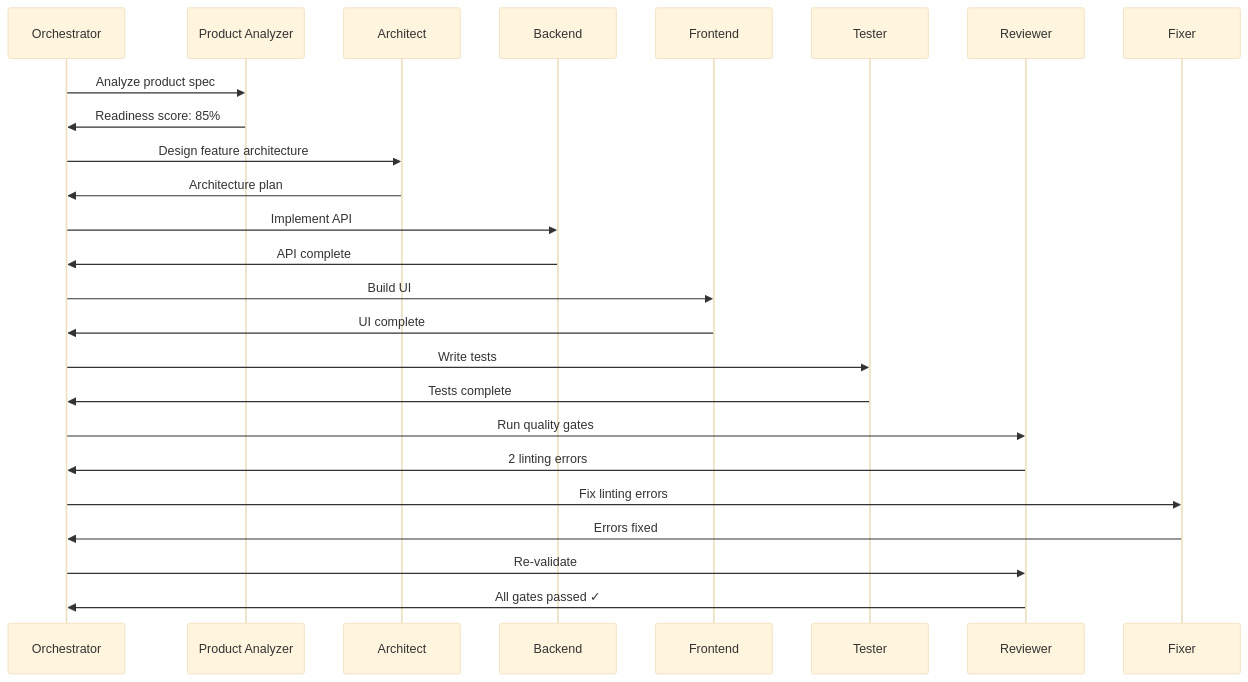
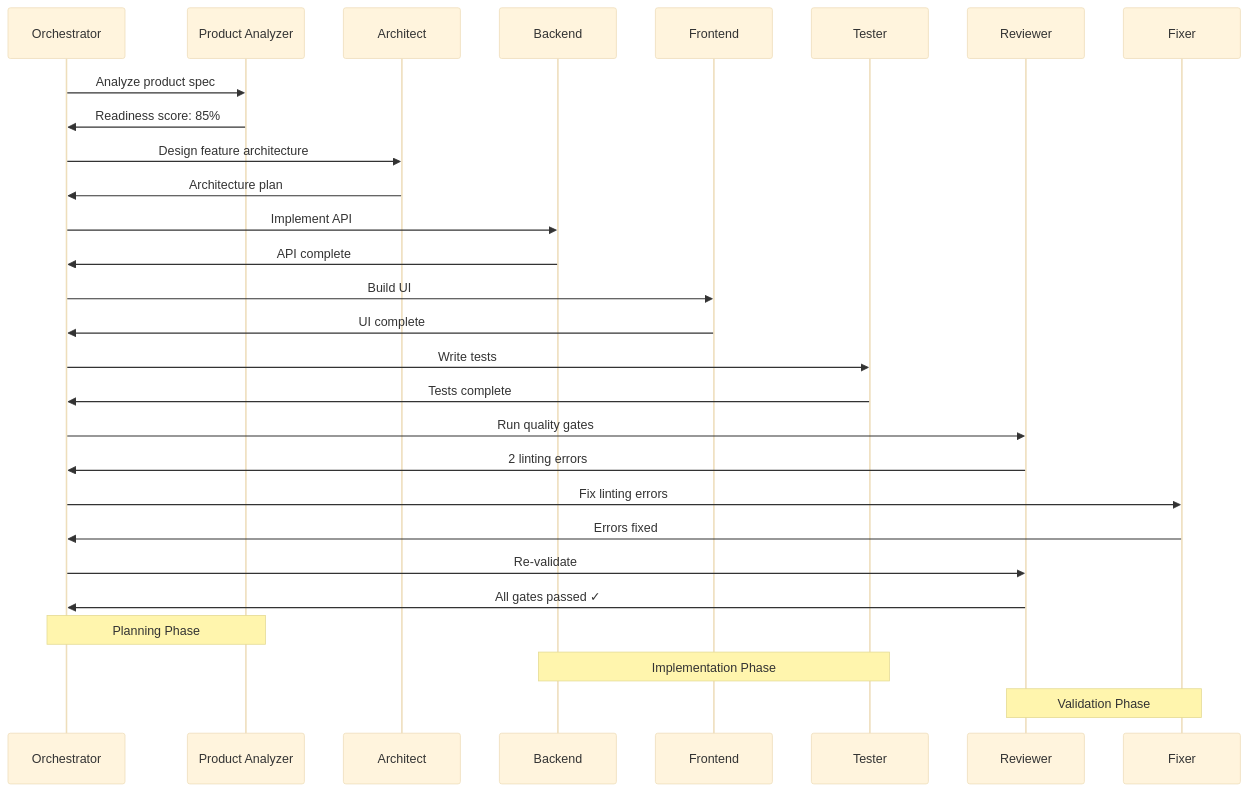
Before and after one commit to itz4blitz/agentful: the second of 2 diagrams in docs/pages/concepts/architecture.mdx, drawn with Mermaid (base theme). The commit also changed 233 other files, not shown here.

````diff
--- a/docs/pages/concepts/architecture.mdx
+++ b/docs/pages/concepts/architecture.mdx
@@ -213,28 +213,32 @@
 ```mermaid
 sequenceDiagram
     participant O as Orchestrator
     participant PA as Product Analyzer
     participant A as Architect
     participant B as Backend
     participant F as Frontend
     participant T as Tester
     participant R as Reviewer
     participant Fix as Fixer
 
     O->>PA: Analyze product spec
     PA->>O: Readiness score: 85%
     O->>A: Design feature architecture
     A->>O: Architecture plan
     O->>B: Implement API
     B->>O: API complete
     O->>F: Build UI
     F->>O: UI complete
     O->>T: Write tests
     T->>O: Tests complete
     O->>R: Run quality gates
     R->>O: 2 linting errors
     O->>Fix: Fix linting errors
     Fix->>O: Errors fixed
     O->>R: Re-validate
     R->>O: All gates passed ✓
+
+    Note over O,PA: Planning Phase
+    Note over B,T: Implementation Phase
+    Note over R,Fix: Validation Phase
 ```
````
